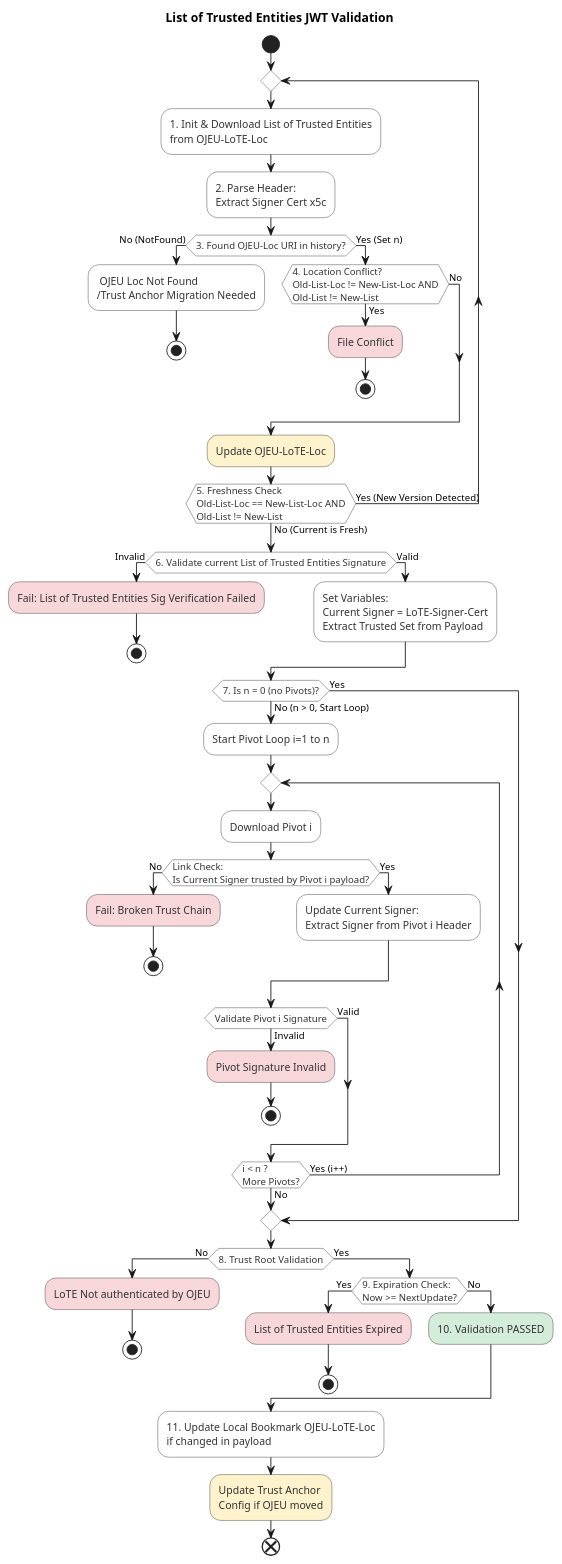
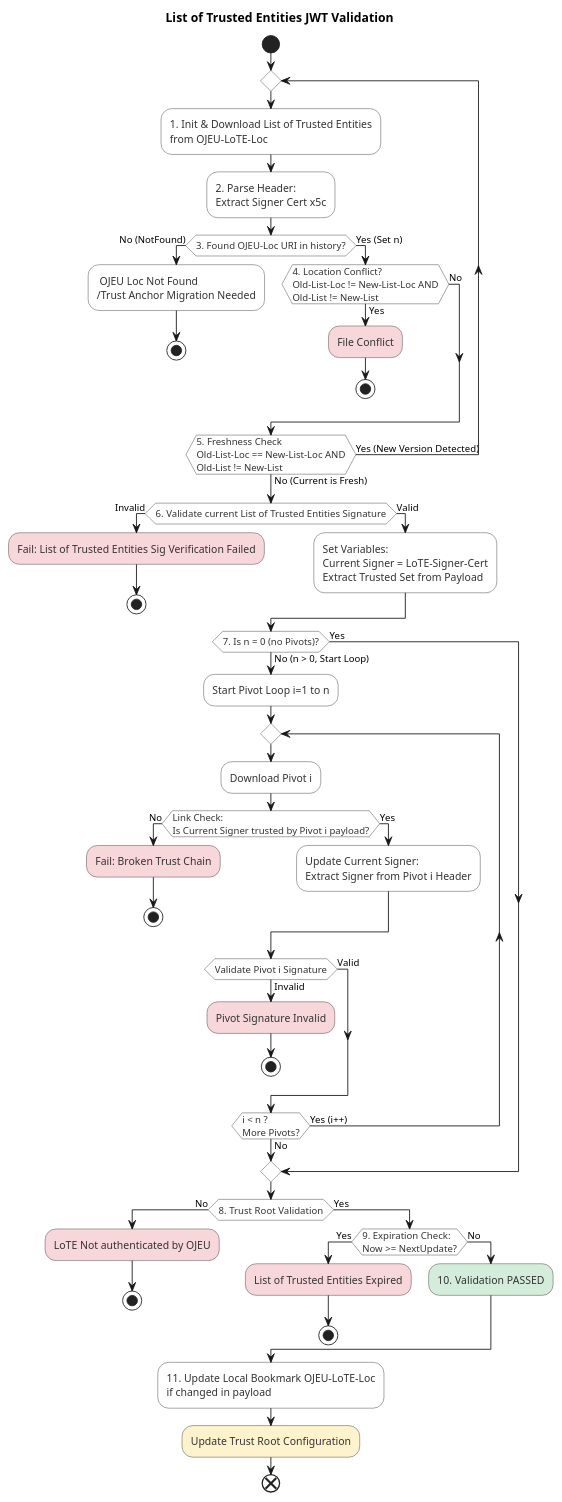
The diagram in docs/en/plantuml/lote-val-alg.puml (italia/eid-wallet-it-docs), drawn with PlantUML before and after one commit.

Commit message:
fix: lote_uml fields

```diff
--- a/docs/en/plantuml/lote-val-alg.puml
+++ b/docs/en/plantuml/lote-val-alg.puml
@@ -1,83 +1,82 @@
 @startuml
 skinparam ActivityBackgroundColor #ffffff
 skinparam ActivityBorderColor #333333
 skinparam ActivityFontColor #333333
 
 skinparam ConditionBackgroundColor #e7f3fe
 skinparam ConditionBorderColor #0056b3
 skinparam ConditionFontColor #0056b3
 
 title List of Trusted Entities JWT Validation
 
 start
 
 repeat
     :1. Init & Download List of Trusted Entities\nfrom OJEU-LoTE-Loc;
     
     :2. Parse Header:\nExtract Signer Cert x5c;
     
     if (3. Found OJEU-Loc URI in history?) then (No (NotFound))
         : OJEU Loc Not Found\n/Trust Anchor Migration Needed;
         stop
     else (Yes (Set n))
         if (4. Location Conflict?\nOld-List-Loc != New-List-Loc AND\nOld-List != New-List) then (Yes)
             #f8d7da:File Conflict;
             stop
         else (No)
             ' Freshness check acts as the loop gate
         endif
     endif
 
-#fff3cd:Update OJEU-LoTE-Loc;
 repeat while (5. Freshness Check\nOld-List-Loc == New-List-Loc AND\nOld-List != New-List) is (Yes (New Version Detected)) not (No (Current is Fresh))
 
 if (6. Validate current List of Trusted Entities Signature) then (Invalid)
     #f8d7da:Fail: List of Trusted Entities Sig Verification Failed;
     stop
 else (Valid)
     :Set Variables:\nCurrent Signer = LoTE-Signer-Cert\nExtract Trusted Set from Payload;
 endif
 
 if (7. Is n = 0 (no Pivots)?) then (No (n > 0, Start Loop))
     :Start Pivot Loop i=1 to n;
     
     repeat
         :Download Pivot i;
         
         if (Link Check:\nIs Current Signer trusted by Pivot i payload?) then (No)
             #f8d7da:Fail: Broken Trust Chain;
             stop
         else (Yes)
             :Update Current Signer:\nExtract Signer from Pivot i Header;
         endif
         
         if (Validate Pivot i Signature) then (Invalid)
             #f8d7da:Pivot Signature Invalid;
             stop
         else (Valid)
             ' Continue to loop condition
         endif
         
     repeat while (i < n ?\nMore Pivots?) is (Yes (i++)) not (No)
 else (Yes)
     ' Skip Pivot Validation Chain if n=0
 endif
 
 if (8. Trust Root Validation) then (No)
     #f8d7da:LoTE Not authenticated by OJEU;
     stop
 else (Yes)
     if (9. Expiration Check:\nNow >= NextUpdate?) then (Yes)
         #f8d7da:List of Trusted Entities Expired;
         stop
     else (No)
         #d4edda:10. Validation PASSED;
     endif
 endif
 
 :11. Update Local Bookmark OJEU-LoTE-Loc\nif changed in payload;
 
-#fff3cd:Update Trust Anchor\nConfig if OJEU moved;
+#fff3cd:Update Trust Root Configuration;
 
 end
 @enduml
```
